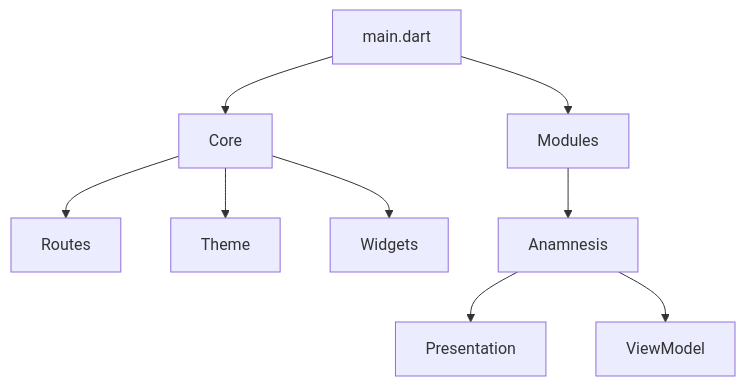
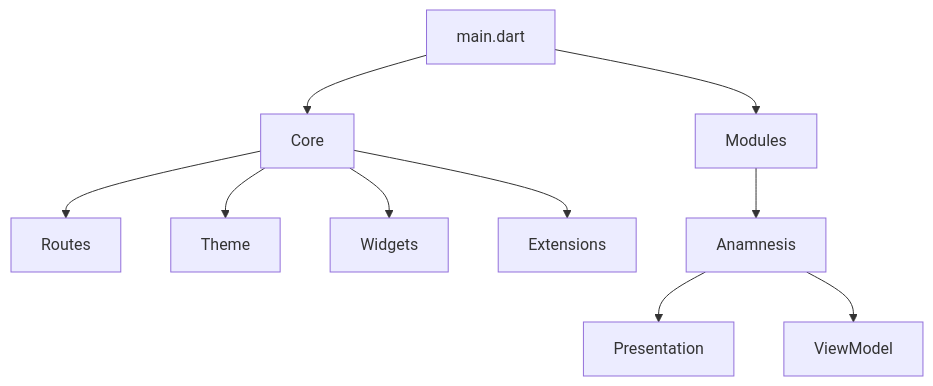
The diagram in README.md (tech-andgar/demo_test_technical_flutter_202501), drawn with Mermaid before and after one commit. The commit also changed other lines of this file, not shown here.

````diff
--- a/README.md
+++ b/README.md
@@ -99,11 +100,12 @@
 ```mermaid
 graph TD;
     main.dart --> Core
     main.dart --> Modules
     Core --> Routes
     Core --> Theme
     Core --> Widgets
+    Core --> Extensions
     Modules --> Anamnesis
     Anamnesis --> Presentation
     Anamnesis --> ViewModel
 ```
````
